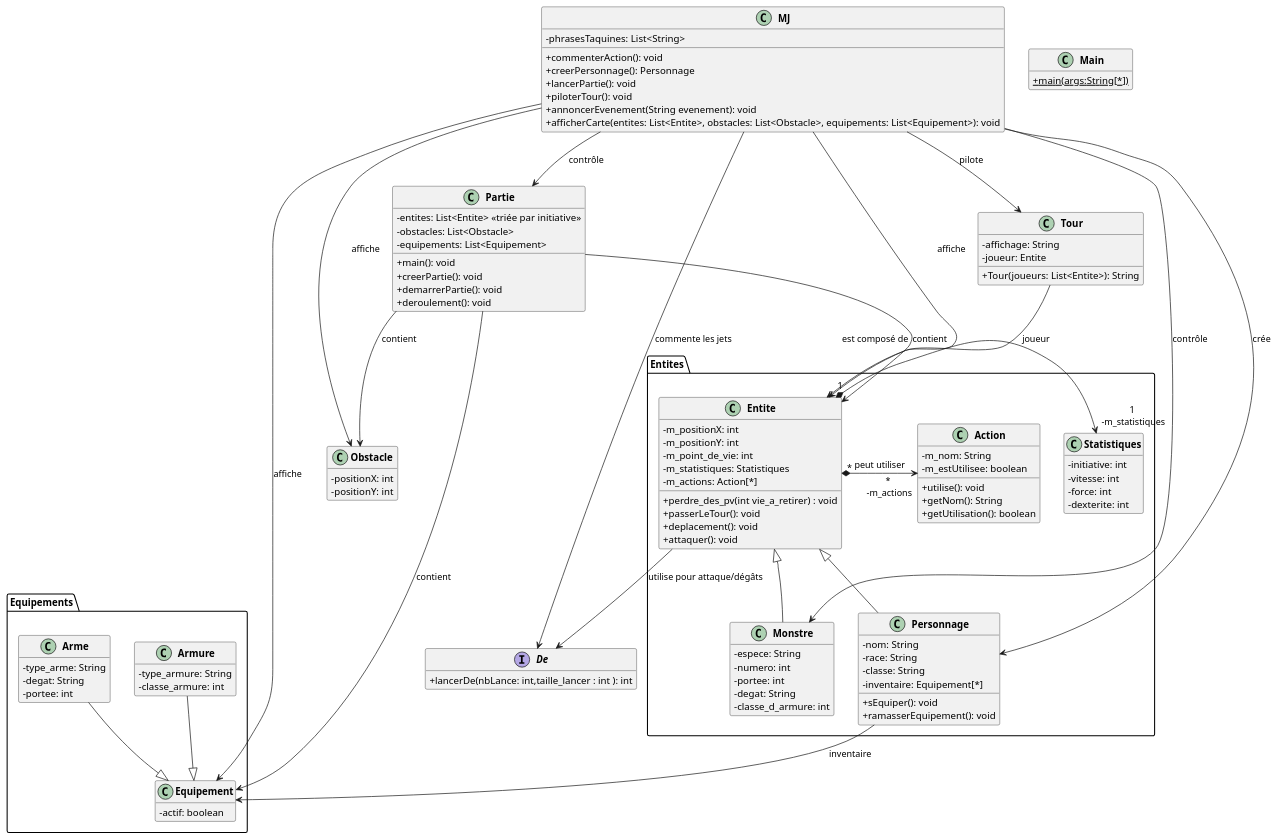
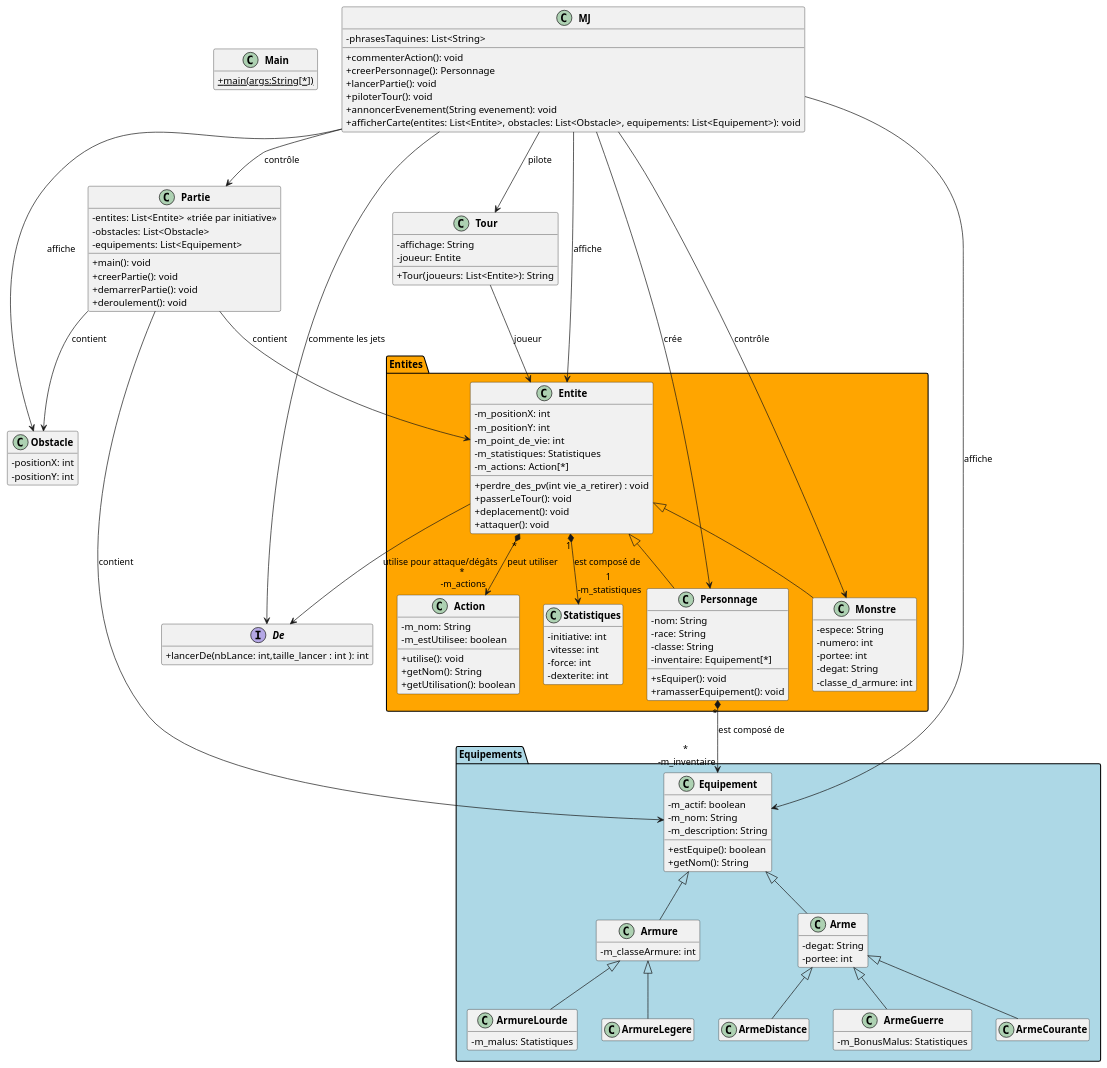
The diagram in uml/semaine1.puml (Lejo54/DnD_POO), drawn with PlantUML before and after one commit. The commit also changed 1 other file, not shown here.

Commit message:
update uml: gros avancement Equipements

```diff
--- a/uml/semaine1.puml
+++ b/uml/semaine1.puml
@@ -1,133 +1,145 @@
 @startuml
 skinparam classAttributeIconSize 0
 skinparam classFontStyle Bold
 'skinparam style strictuml
 hide empty members
 
 class Main
 {
     +{static} main(args:String[*])
 }
 
-package Entites {
+package Entites #Orange{
     class Entite {
       - m_positionX: int
       - m_positionY: int
       - m_point_de_vie: int
       - m_statistiques: Statistiques
       - m_actions: Action[*]
       + perdre_des_pv(int vie_a_retirer) : void
       + passerLeTour(): void
       + deplacement(): void
       + attaquer(): void
     }
     class Action{
       - m_nom: String
       - m_estUtilisee: boolean
       + utilise(): void
       + getNom(): String
       + getUtilisation(): boolean
     }
     class Statistiques {
       - initiative: int
       - vitesse: int
       - force: int
       - dexterite: int
     }
 
     class Personnage extends Entite {
       - nom: String
       - race: String
       - classe: String
       - inventaire: Equipement[*]
       + sEquiper(): void
       + ramasserEquipement(): void
     }
 
     class Monstre extends Entite{
       - espece: String
       - numero: int
       - portee: int
       - degat: String
       - classe_d_armure: int
     }
  'lien Entites
-  Entite "1" *-> "1\n -m_statistiques" Statistiques : est composé de
-  Entite "*" *-> "*\n -m_actions" Action: peut utiliser
+  Entite "1" *--> "1\n -m_statistiques" Statistiques : est composé de
+  Entite "*" *--> "*\n -m_actions" Action: peut utiliser
 }
 
-package Equipements {
-class Equipement {
-  - actif: boolean
+package Equipements #LightBlue{
+
+    class Equipement {
+      - m_actif: boolean
+      - m_nom: String
+      - m_description: String
+      + estEquipe(): boolean
+      + getNom(): String
+    }
+
+    class Armure extends Equipement {
+      - m_classeArmure: int
+    }
+    class ArmureLourde extends Armure{
+      - m_malus: Statistiques
+    }
+    class ArmureLegere extends Armure{
+    }
+
+    class Arme extends Equipement {
+      - degat: String
+      - portee: int
+    }
+    class ArmeGuerre extends Arme{
+      - m_BonusMalus: Statistiques
+    }
+    class ArmeCourante extends Arme{
+    }
+    class ArmeDistance extends Arme{
+    }
 }
-
-class Armure {
-  - type_armure: String
-  - classe_armure: int
-}
-
-class Arme {
-  - type_arme: String
-  - degat: String
-  - portee: int
-}
-}
+'lien entre Equipements et Entites
+Personnage "*" *--> "*\n -m_inventaire" Equipement: est composé de
 
 class Obstacle {
   - positionX: int
   - positionY: int
 }
 
 interface De {
   + lancerDe(nbLance: int,taille_lancer : int ): int
 }
 
 class Tour {
   - affichage: String
   - joueur: Entite
   + Tour(joueurs: List<Entite>): String
 }
 
 class Partie {
   - entites: List<Entite> <<triée par initiative>>
   - obstacles: List<Obstacle>
   - equipements: List<Equipement>
   + main(): void
   + creerPartie(): void
   + demarrerPartie(): void
   + deroulement(): void
 }
 
 class MJ {
   - phrasesTaquines: List<String>
   + commenterAction(): void
   + creerPersonnage(): Personnage
   + lancerPartie(): void
   + piloterTour(): void
   + annoncerEvenement(String evenement): void
   + afficherCarte(entites: List<Entite>, obstacles: List<Obstacle>, equipements: List<Equipement>): void
 }
 
-' Héritages
-Arme --|> Equipement
-Armure --|> Equipement
-
 ' Liens logiques
 MJ --> Personnage : crée
 MJ --> Partie : contrôle
 MJ --> Tour : pilote
 MJ --> Monstre : contrôle
 MJ --> De : commente les jets
 MJ --> Entite : affiche
 MJ --> Obstacle : affiche
 MJ --> Equipement : affiche
 Tour --> Entite : joueur
 Partie --> Entite : contient
 Partie --> Obstacle : contient
 Partie --> Equipement : contient
-Personnage --> Equipement : inventaire
 Entite --> De : utilise pour attaque/dégâts
 
 
 
 @enduml
```
